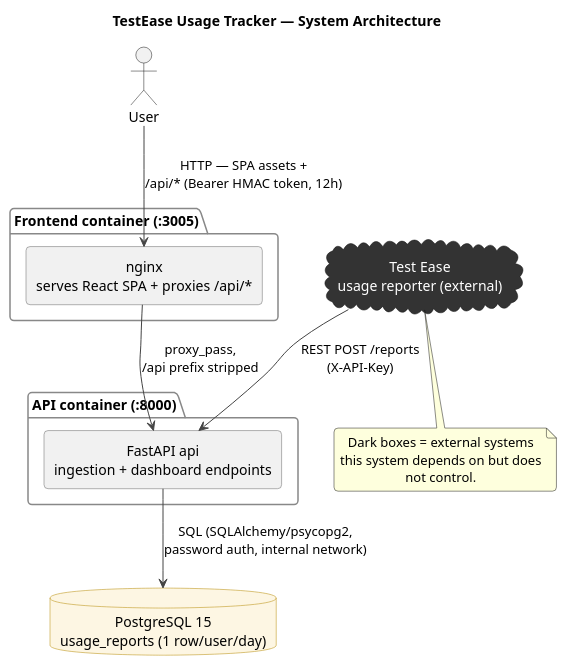
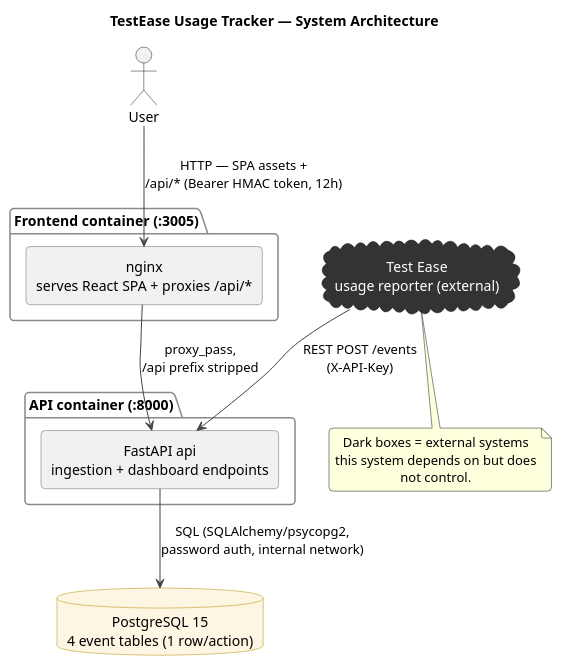
Before and after one commit to senthilp1989/usage-tracker: the diagram in docs/architecture/system-diagram.puml, drawn with PlantUML. The commit also changed 19 other files, not shown here.

```diff
--- a/docs/architecture/system-diagram.puml
+++ b/docs/architecture/system-diagram.puml
@@ -1,51 +1,51 @@
 @startuml system-diagram
 title TestEase Usage Tracker — System Architecture
 
 skinparam backgroundColor #FFFFFF
 skinparam defaultTextAlignment center
 skinparam shadowing false
 skinparam roundcorner 8
 skinparam rectangle {
   BorderColor #666666
 }
 skinparam cloud {
   BackgroundColor #333333
   FontColor #FFFFFF
   BorderColor #111111
 }
 skinparam database {
   BackgroundColor #FDF6E3
   BorderColor #B58900
 }
 skinparam package {
   BorderColor #888888
   FontStyle bold
 }
 skinparam ArrowColor #444444
 
 actor "User" as User
 
 package "Frontend container (:3005)" {
   rectangle "nginx\nserves React SPA + proxies /api/*" as NGINX
 }
 
 package "API container (:8000)" {
   rectangle "FastAPI api\ningestion + dashboard endpoints" as API
 }
 
-database "PostgreSQL 15\nusage_reports (1 row/user/day)" as DB
+database "PostgreSQL 15\n4 event tables (1 row/action)" as DB
 
 cloud "Test Ease\nusage reporter (external)" as TE
 
 User --> NGINX : HTTP — SPA assets +\n/api/* (Bearer HMAC token, 12h)
 NGINX --> API : proxy_pass,\n/api prefix stripped
-TE --> API : REST POST /reports\n(X-API-Key)
+TE --> API : REST POST /events\n(X-API-Key)
 API --> DB : SQL (SQLAlchemy/psycopg2,\npassword auth, internal network)
 
 note bottom of TE
   Dark boxes = external systems
   this system depends on but does
   not control.
 end note
 
 @enduml
```
